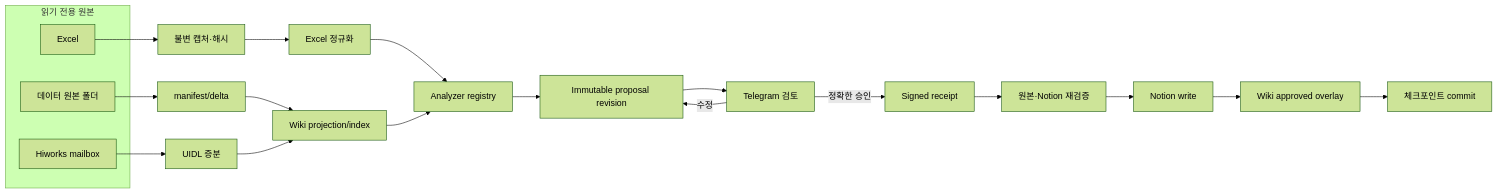
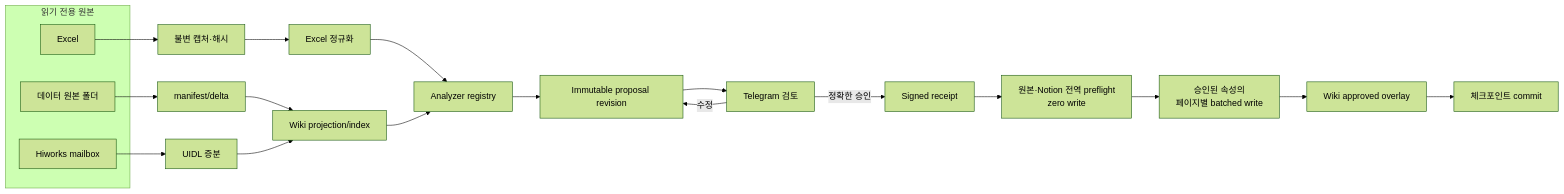
The diagram in docs/architecture.md (donshine7/hermes-notion-excel-sync), drawn with Mermaid (forest theme) before and after one commit. The commit also changed other lines of this file and 23 other files, not shown here.

````diff
--- a/docs/architecture.md
+++ b/docs/architecture.md
@@ -21,25 +21,25 @@
 ```mermaid
 flowchart LR
     subgraph S["읽기 전용 원본"]
       E["Excel"]
       F["데이터 원본 폴더"]
       H["Hiworks mailbox"]
     end
 
     E --> C["불변 캡처·해시"]
     F --> M["manifest/delta"]
     H --> U["UIDL 증분"]
     C --> X["Excel 정규화"]
     X --> A["Analyzer registry"]
     M --> K["Wiki projection/index"]
     U --> K
     K --> A
     A --> P["Immutable proposal revision"]
     P --> T["Telegram 검토"]
     T -->|"수정"| P
     T -->|"정확한 승인"| R["Signed receipt"]
-    R --> V["원본·Notion 재검증"]
-    V --> N["Notion write"]
+    R --> V["원본·Notion 전역 preflight<br/>zero write"]
+    V --> N["승인된 속성의<br/>페이지별 batched write"]
     N --> O["Wiki approved overlay"]
     O --> Q["체크포인트 commit"]
 ```
````
